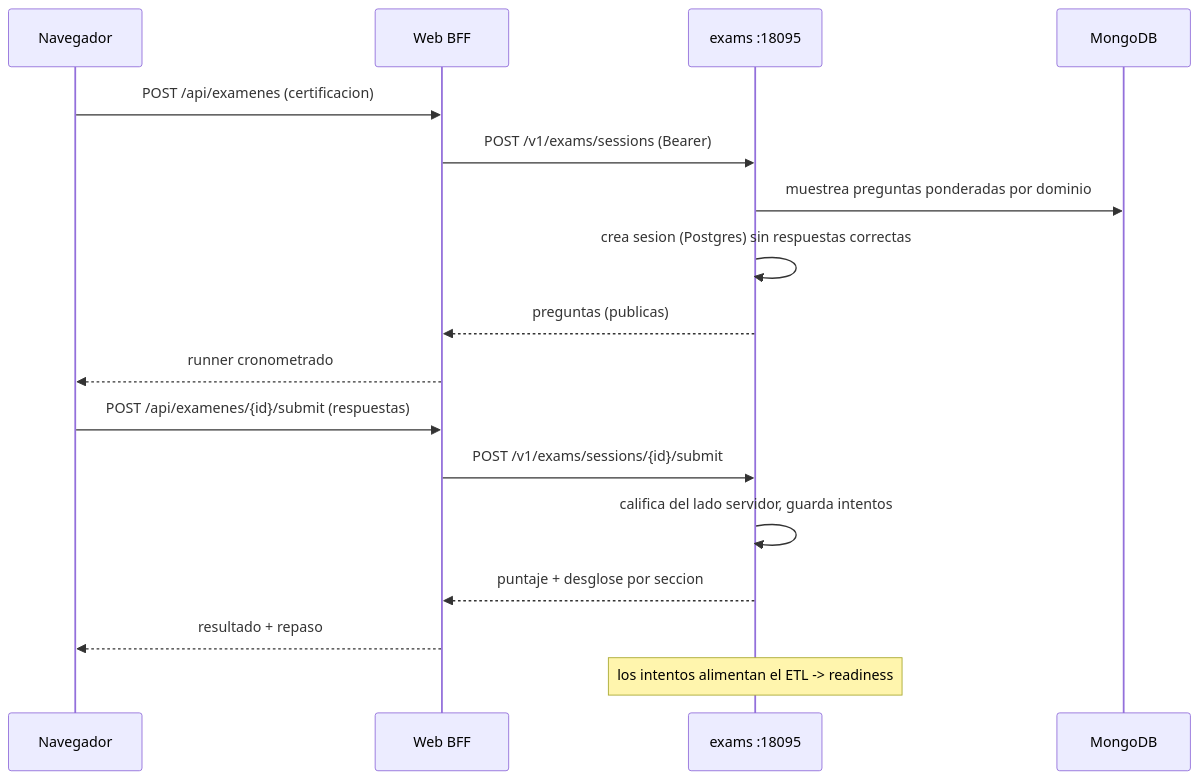
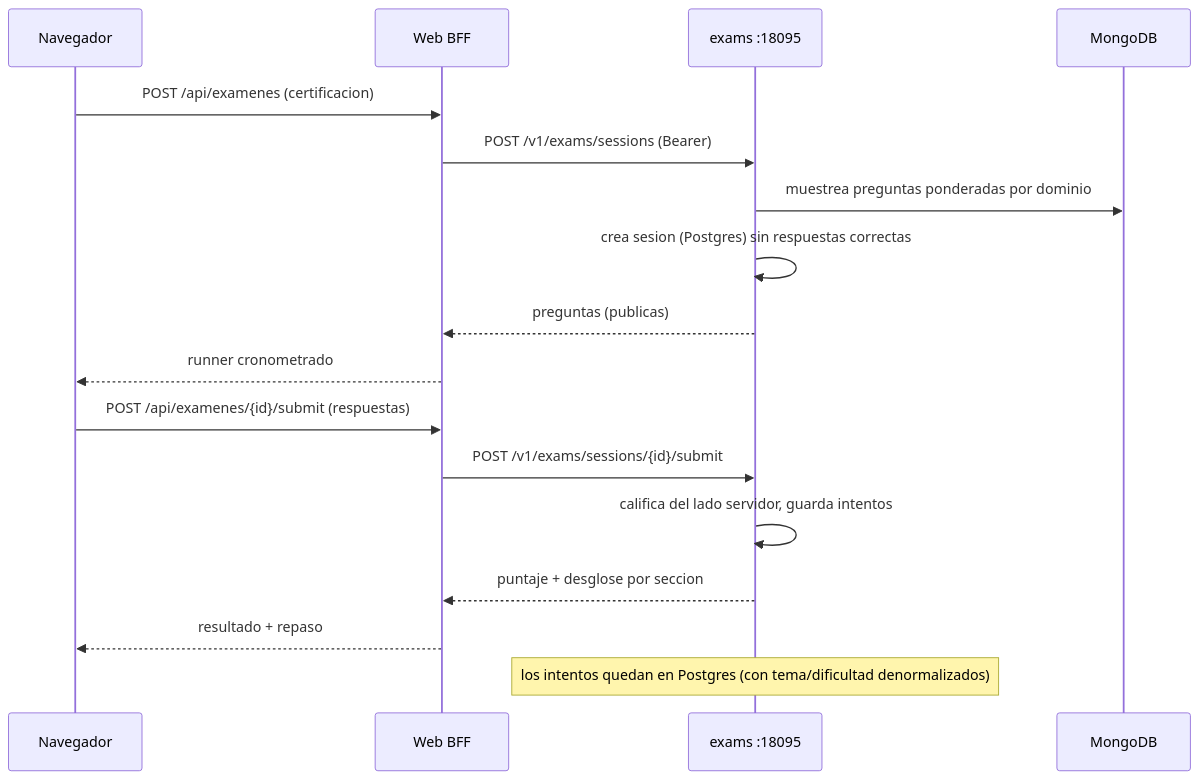
The tenth of 12 diagrams in README.md (Diegomed11/CertReady), drawn with Mermaid before and after one commit. The commit also changed other lines of this file and 11 other files, not shown here.

````diff
--- a/README.md
+++ b/README.md
@@ -622,20 +641,20 @@
 ```mermaid
 sequenceDiagram
   participant B as Navegador
   participant W as Web BFF
   participant E as exams :18095
   participant M as MongoDB
 
   B->>W: POST /api/examenes (certificacion)
   W->>E: POST /v1/exams/sessions (Bearer)
   E->>M: muestrea preguntas ponderadas por dominio
   E->>E: crea sesion (Postgres) sin respuestas correctas
   E-->>W: preguntas (publicas)
   W-->>B: runner cronometrado
   B->>W: POST /api/examenes/{id}/submit (respuestas)
   W->>E: POST /v1/exams/sessions/{id}/submit
   E->>E: califica del lado servidor, guarda intentos
   E-->>W: puntaje + desglose por seccion
   W-->>B: resultado + repaso
-  Note over E: los intentos alimentan el ETL -> readiness
+  Note over E: los intentos quedan en Postgres (con tema/dificultad denormalizados)
 ```
````
